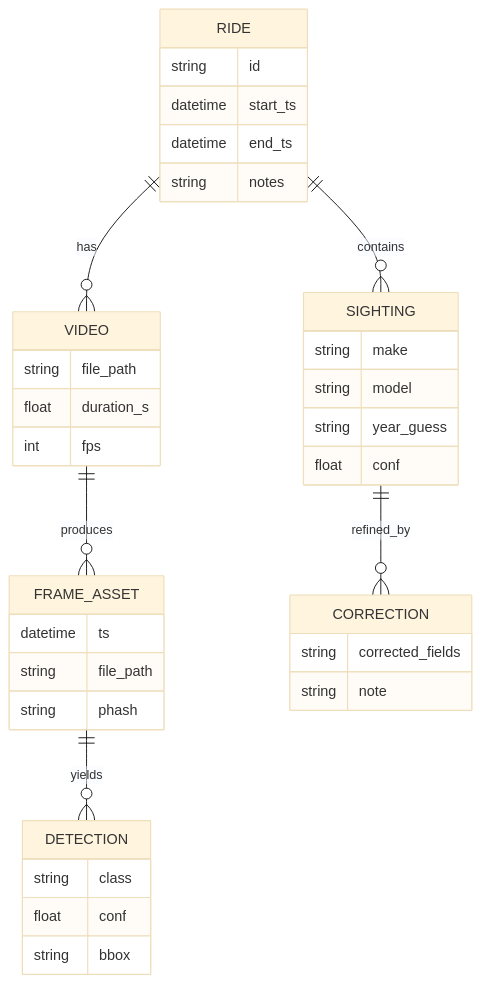
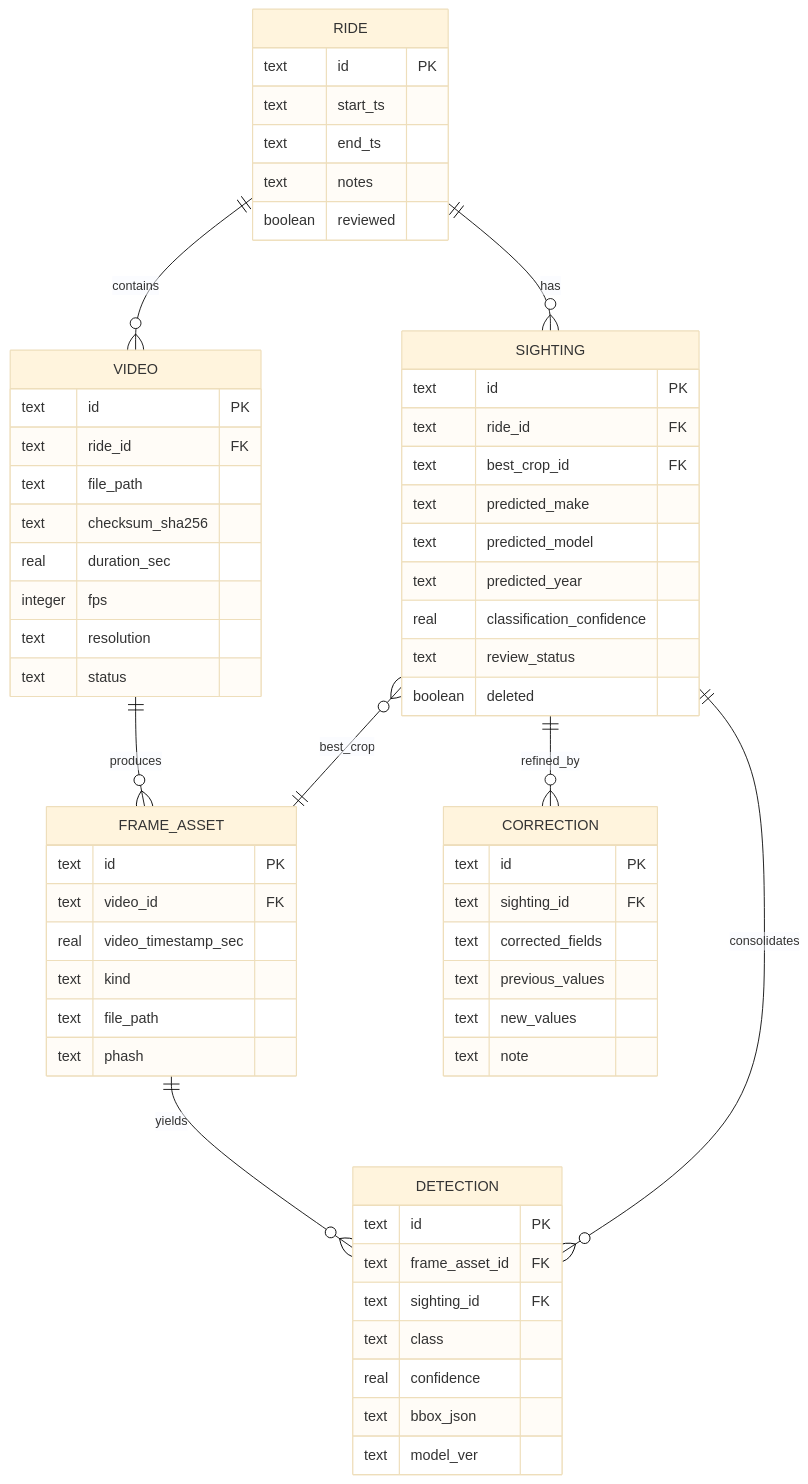
One commit to ParkWardRR/CurbScout changed the fourth of 4 diagrams in README.md. Above: the diagram before and after it, drawn with Mermaid (base theme). The commit also changed other lines of this file, not shown here.

````diff
--- a/README.md
+++ b/README.md
@@ -134,40 +495,64 @@
 ```mermaid
 erDiagram
-  RIDE ||--o{ VIDEO : has
-  VIDEO ||--o{ FRAME_ASSET : produces
-  FRAME_ASSET ||--o{ DETECTION : yields
-  RIDE ||--o{ SIGHTING : contains
-  SIGHTING ||--o{ CORRECTION : refined_by
+    RIDE ||--o{ VIDEO : contains
+    VIDEO ||--o{ FRAME_ASSET : produces
+    FRAME_ASSET ||--o{ DETECTION : yields
+    RIDE ||--o{ SIGHTING : has
+    SIGHTING ||--o{ DETECTION : consolidates
+    SIGHTING ||--o{ CORRECTION : refined_by
+    SIGHTING }o--|| FRAME_ASSET : best_crop
 
-  RIDE {
-    string id
-    datetime start_ts
-    datetime end_ts
-    string notes
-  }
-  VIDEO {
-    string file_path
-    float duration_s
-    int fps
-  }
-  FRAME_ASSET {
-    datetime ts
-    string file_path
-    string phash
-  }
-  DETECTION {
-    string class
-    float conf
-    string bbox
-  }
-  SIGHTING {
-    string make
-    string model
-    string year_guess
-    float conf
-  }
-  CORRECTION {
-    string corrected_fields
-    string note
-  }
+    RIDE {
+        text id PK
+        text start_ts
+        text end_ts
+        text notes
+        boolean reviewed
+    }
+    VIDEO {
+        text id PK
+        text ride_id FK
+        text file_path
+        text checksum_sha256
+        real duration_sec
+        integer fps
+        text resolution
+        text status
+    }
+    FRAME_ASSET {
+        text id PK
+        text video_id FK
+        real video_timestamp_sec
+        text kind
+        text file_path
+        text phash
+    }
+    DETECTION {
+        text id PK
+        text frame_asset_id FK
+        text sighting_id FK
+        text class
+        real confidence
+        text bbox_json
+        text model_ver
+    }
+    SIGHTING {
+        text id PK
+        text ride_id FK
+        text best_crop_id FK
+        text predicted_make
+        text predicted_model
+        text predicted_year
+        real classification_confidence
+        text review_status
+        boolean deleted
+    }
+    CORRECTION {
+        text id PK
+        text sighting_id FK
+        text corrected_fields
+        text previous_values
+        text new_values
+        text note
+    }
 ```
````
